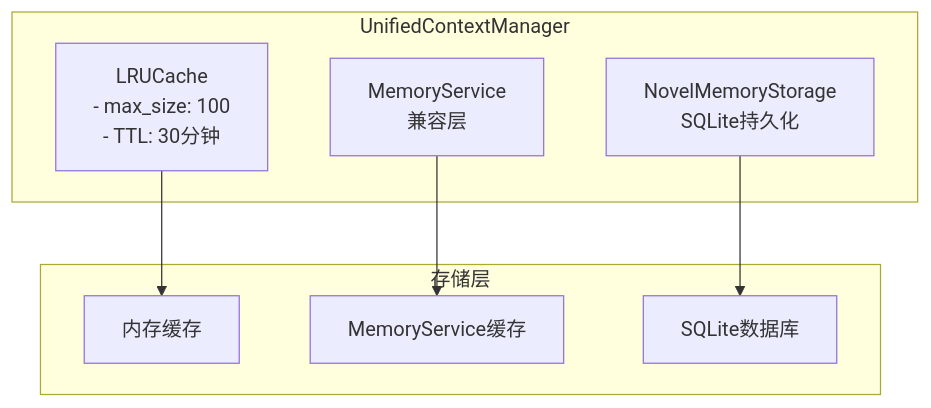
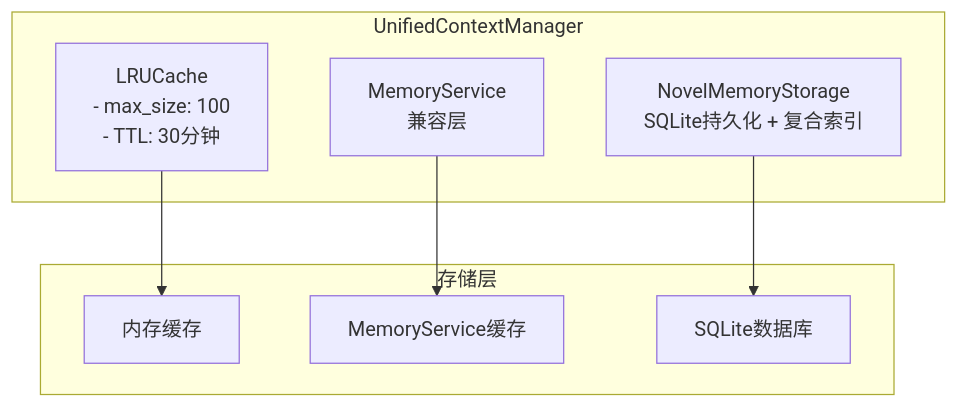
The eighth of 11 diagrams in .qoder/repowiki/zh/content/Memory Service.md (xfbyxq/ai-novel-system), drawn with Mermaid before and after one commit. The commit also changed other lines of this file and 23 other files, not shown here.

````diff
--- a/.qoder/repowiki/zh/content/Memory Service.md
+++ b/.qoder/repowiki/zh/content/Memory Service.md
@@ -382,16 +390,16 @@
 ```mermaid
 graph TD
 subgraph "UnifiedContextManager"
 LRU_CACHE[LRUCache<br/>- max_size: 100<br/>- TTL: 30分钟]
 MEMORY_SERVICE[MemoryService<br/>兼容层]
-PERSISTENT_MEMORY[NovelMemoryStorage<br/>SQLite持久化]
+PERSISTENT_MEMORY[NovelMemoryStorage<br/>SQLite持久化 + 复合索引]
 end
 subgraph "存储层"
 MEMORY_CACHE[内存缓存]
 MEMORY_SERVICE_CACHE[MemoryService缓存]
 SQLITE_DB[SQLite数据库]
 end
 LRU_CACHE --> MEMORY_CACHE
 MEMORY_SERVICE --> MEMORY_SERVICE_CACHE
 PERSISTENT_MEMORY --> SQLITE_DB
 ```
````
